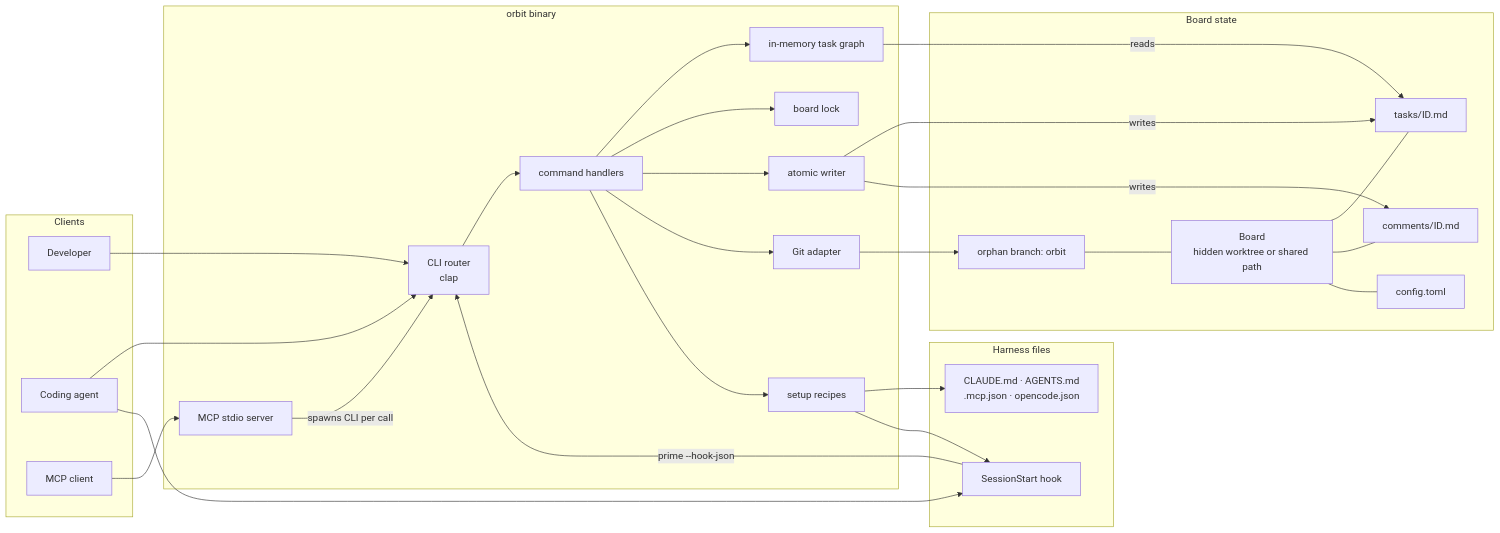
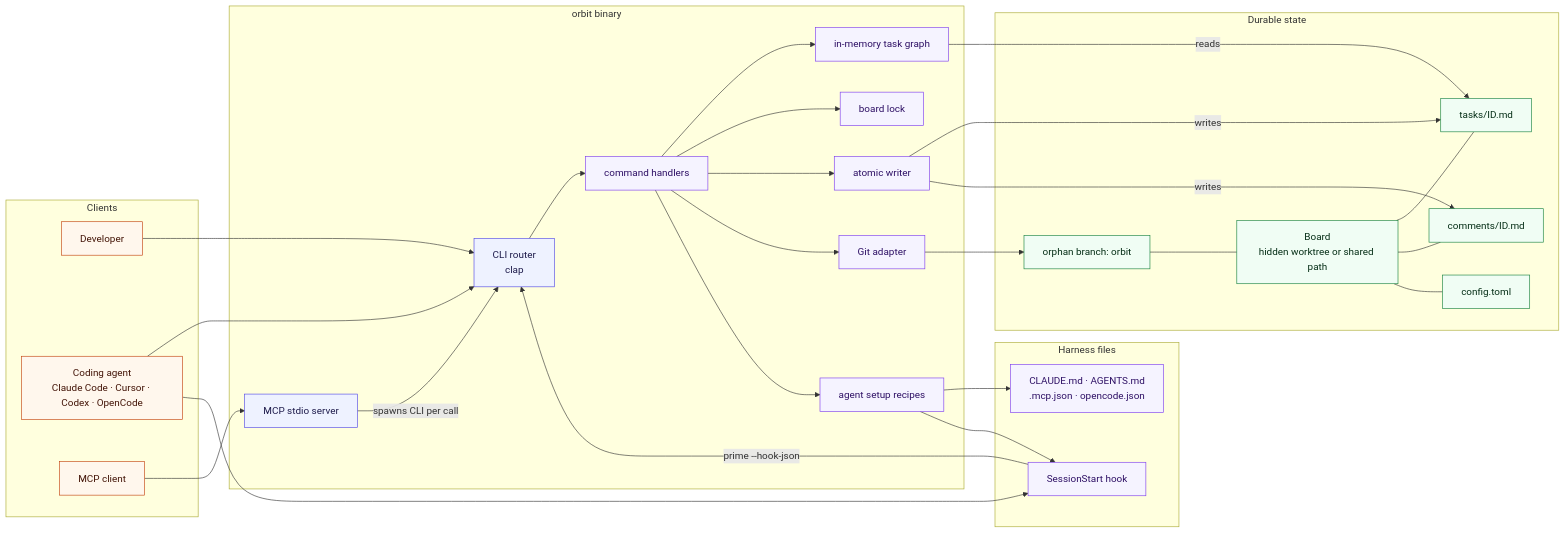
The first of 6 diagrams in README.md (rcmendes/orbit), drawn with Mermaid before and after one commit. The commit also changed other lines of this file and 11 other files, not shown here.

````diff
--- a/README.md
+++ b/README.md
@@ -23,55 +212,67 @@
 ```mermaid
 flowchart LR
     subgraph Clients["Clients"]
         DEV["Developer"]
-        AGENT["Coding agent"]
+        AGENT["Coding agent<br/>Claude Code · Cursor · Codex · OpenCode"]
         MCPC["MCP client"]
     end
 
     subgraph Binary["orbit binary"]
         ROUTER["CLI router<br/>clap"]
         MCP["MCP stdio server"]
         CMD["command handlers"]
         GRAPH["in-memory task graph"]
         LOCK["board lock"]
         ATOMIC["atomic writer"]
         GIT["Git adapter"]
-        SETUP["setup recipes"]
+        SETUP["agent setup recipes"]
     end
 
-    subgraph State["Board state"]
+    subgraph Storage["Durable state"]
         BOARD["Board<br/>hidden worktree or shared path"]
         TASKS["tasks/ID.md"]
         COMMENTS["comments/ID.md"]
         CONFIG["config.toml"]
         BRANCH["orphan branch: orbit"]
     end
 
     subgraph Harness["Harness files"]
         FILES["CLAUDE.md · AGENTS.md<br/>.mcp.json · opencode.json"]
         HOOK["SessionStart hook"]
     end
 
     DEV --> ROUTER
     AGENT --> ROUTER
     AGENT --> HOOK
-    HOOK -->|prime --hook-json| ROUTER
+    HOOK -->|"prime --hook-json"| ROUTER
     MCPC --> MCP
-    MCP -->|spawns CLI per call| ROUTER
+    MCP -->|"spawns CLI per call"| ROUTER
     ROUTER --> CMD
     CMD --> GRAPH
     GRAPH -->|reads| TASKS
     CMD --> LOCK
     CMD --> ATOMIC
     ATOMIC -->|writes| TASKS
     ATOMIC -->|writes| COMMENTS
     CMD --> GIT
     GIT --> BRANCH
     BOARD --- TASKS
     BOARD --- COMMENTS
     BOARD --- CONFIG
     BRANCH --- BOARD
     CMD --> SETUP
     SETUP --> FILES
     SETUP --> HOOK
+
+    classDef actor fill:#fff7ed,stroke:#c2410c,color:#431407
+    classDef iface fill:#eef2ff,stroke:#4f46e5,color:#1e1b4b
+    classDef app fill:#f5f3ff,stroke:#7c3aed,color:#2e1065
+    classDef domain fill:#ecfeff,stroke:#0e7490,color:#083344
+    classDef store fill:#f0fdf4,stroke:#15803d,color:#052e16
+
+    class DEV,AGENT,MCPC actor
+    class ROUTER,MCP iface
+    class CMD,GRAPH,LOCK,ATOMIC,GIT,SETUP app
+    class BOARD,TASKS,COMMENTS,CONFIG,BRANCH store
+    class FILES,HOOK app
 ```
````
